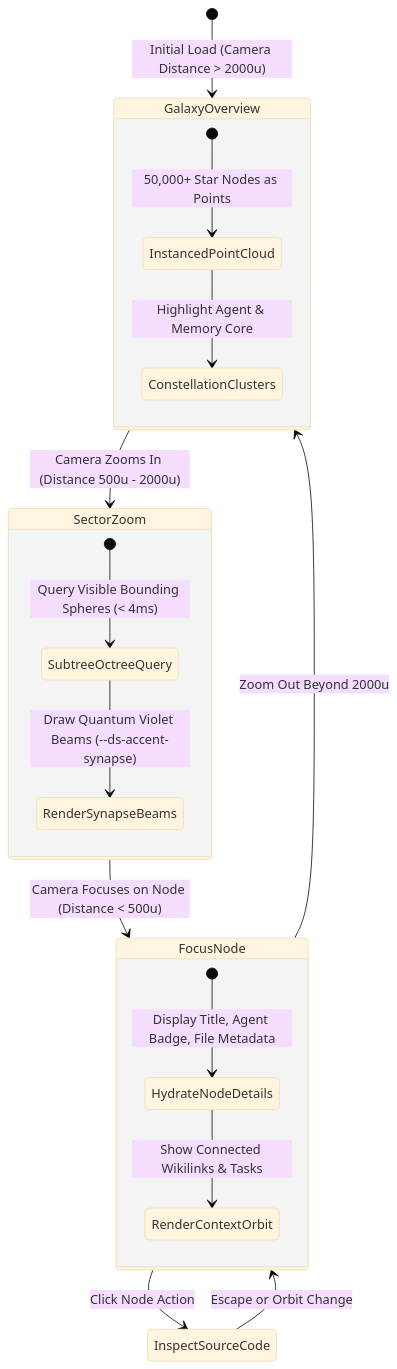
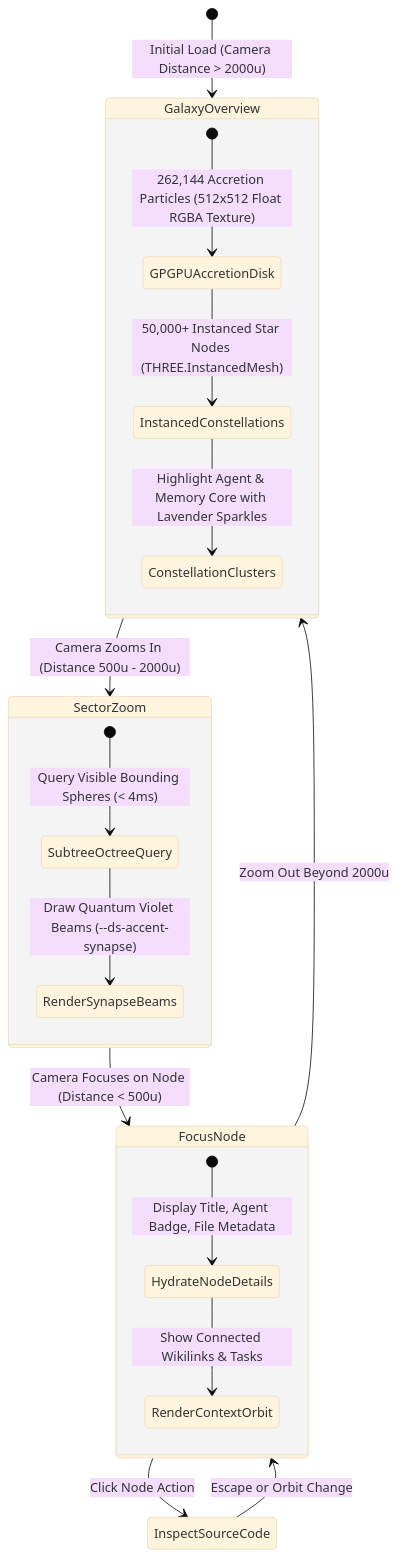
One commit to code-thiago/kalinar-agent-galaxy-os changed the second of 4 diagrams in .antigravity/blueprint/03_APP_FLOW.md. Above: the diagram before and after it, drawn with Mermaid (base theme). The commit also changed other lines of this file and 12 other files, not shown here.

Commit message:
fix(singularity): restore 262k gpgpu particles, 160px card viewport, real ipc shell, and sqlite chart hydration [v1.0.1]

````diff
--- a/.antigravity/blueprint/03_APP_FLOW.md
+++ b/.antigravity/blueprint/03_APP_FLOW.md
@@ -73,27 +73,28 @@
 ```mermaid
 stateDiagram-v2
     [*] --> GalaxyOverview: Initial Load (Camera Distance > 2000u)
     
     state GalaxyOverview {
-        [*] --> InstancedPointCloud: 50,000+ Star Nodes as Points
-        InstancedPointCloud --> ConstellationClusters: Highlight Agent & Memory Core
+        [*] --> GPGPUAccretionDisk: 262,144 Accretion Particles (512x512 Float RGBA Texture)
+        GPGPUAccretionDisk --> InstancedConstellations: 50,000+ Instanced Star Nodes (THREE.InstancedMesh)
+        InstancedConstellations --> ConstellationClusters: Highlight Agent & Memory Core with Lavender Sparkles
     }
 
     GalaxyOverview --> SectorZoom: Camera Zooms In (Distance 500u - 2000u)
     
     state SectorZoom {
         [*] --> SubtreeOctreeQuery: Query Visible Bounding Spheres (< 4ms)
         SubtreeOctreeQuery --> RenderSynapseBeams: Draw Quantum Violet Beams (--ds-accent-synapse)
     }
 
     SectorZoom --> FocusNode: Camera Focuses on Node (Distance < 500u)
     
     state FocusNode {
         [*] --> HydrateNodeDetails: Display Title, Agent Badge, File Metadata
         HydrateNodeDetails --> RenderContextOrbit: Show Connected Wikilinks & Tasks
     }
 
     FocusNode --> InspectSourceCode: Click Node Action
     InspectSourceCode --> FocusNode: Escape or Orbit Change
     FocusNode --> GalaxyOverview: Zoom Out Beyond 2000u
 ```
````
